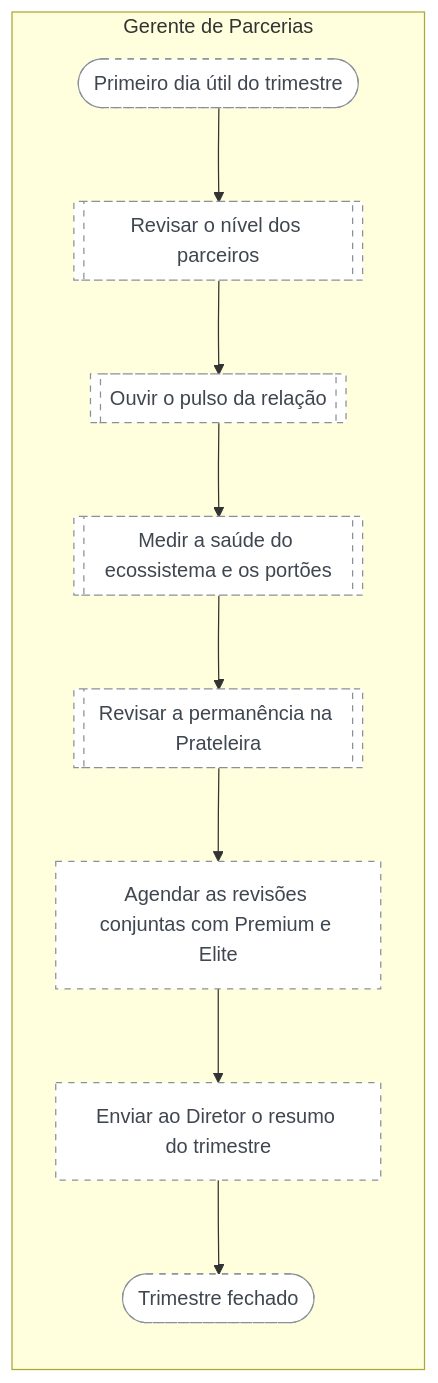
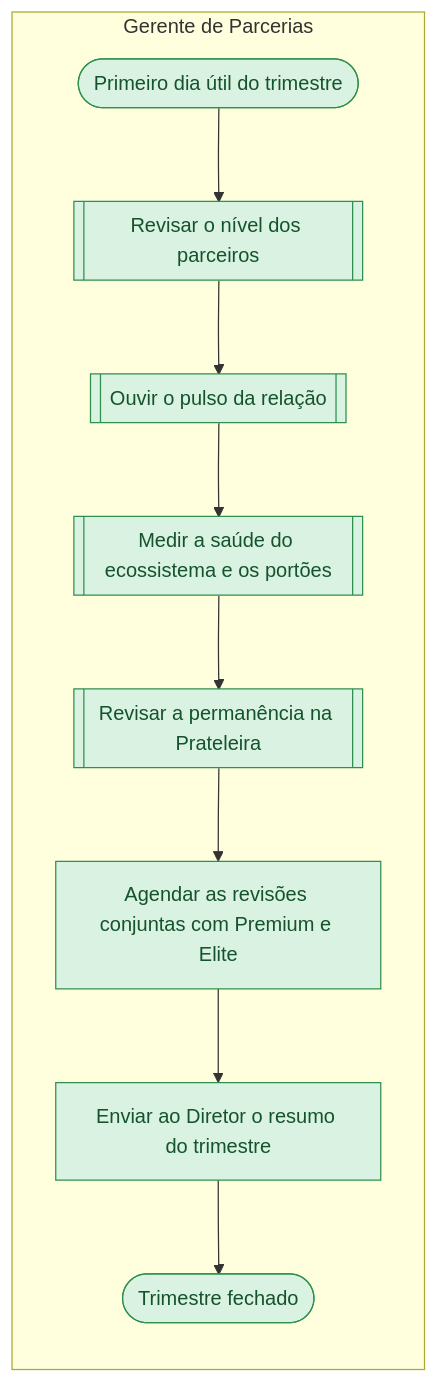
The diagram in mapeamentos/wise-partners-to-be/saidas/mermaid/fluxo-2-4-conduzir-o-fechamento-trimestral.mmd (Guilherme-MFaccin/Wise-Partners), drawn with Mermaid before and after one commit. The commit also changed 257 other files, not shown here.

```diff
--- a/mapeamentos/wise-partners-to-be/saidas/mermaid/fluxo-2-4-conduzir-o-fechamento-trimestral.mmd
+++ b/mapeamentos/wise-partners-to-be/saidas/mermaid/fluxo-2-4-conduzir-o-fechamento-trimestral.mmd
@@ -1,22 +1,22 @@
 flowchart LR
     classDef confirmado fill:#D9F2E1,stroke:#2F8F4E,color:#14532D
     classDef declarado fill:#FFF3C4,stroke:#B8860B,color:#5C4300
     classDef hipotese fill:#FFFFFF,stroke:#8A9099,color:#3F4650,stroke-dasharray: 5 5
     classDef contestado fill:#FDE2E1,stroke:#C53030,color:#7F1D1D
     subgraph raia_PA_01 ["Gerente de Parcerias"]
-      n_i1(["Primeiro dia útil do trimestre"]):::hipotese
-      n_s1[["Revisar o nível dos parceiros"]]:::hipotese
-      n_s2[["Ouvir o pulso da relação"]]:::hipotese
-      n_s3[["Medir a saúde do ecossistema e os portões"]]:::hipotese
-      n_s4[["Revisar a permanência na Prateleira"]]:::hipotese
-      n_t1["Agendar as revisões conjuntas com Premium e Elite"]:::hipotese
-      n_t2["Enviar ao Diretor o resumo do trimestre"]:::hipotese
-      n_f1(["Trimestre fechado"]):::hipotese
+      n_i1(["Primeiro dia útil do trimestre"]):::confirmado
+      n_s1[["Revisar o nível dos parceiros"]]:::confirmado
+      n_s2[["Ouvir o pulso da relação"]]:::confirmado
+      n_s3[["Medir a saúde do ecossistema e os portões"]]:::confirmado
+      n_s4[["Revisar a permanência na Prateleira"]]:::confirmado
+      n_t1["Agendar as revisões conjuntas com Premium e Elite"]:::confirmado
+      n_t2["Enviar ao Diretor o resumo do trimestre"]:::confirmado
+      n_f1(["Trimestre fechado"]):::confirmado
     end
     n_i1 --> n_s1
     n_s1 --> n_s2
     n_s2 --> n_s3
     n_s3 --> n_s4
     n_s4 --> n_t1
     n_t1 --> n_t2
     n_t2 --> n_f1
```
